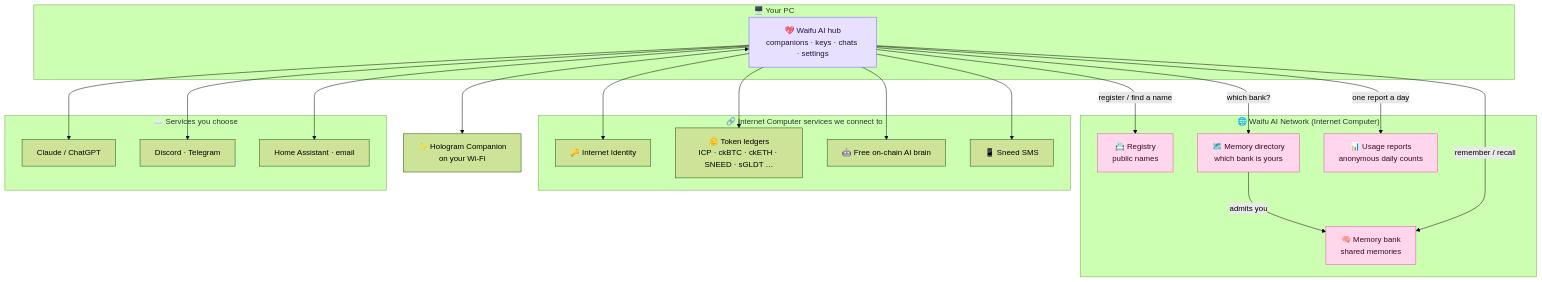
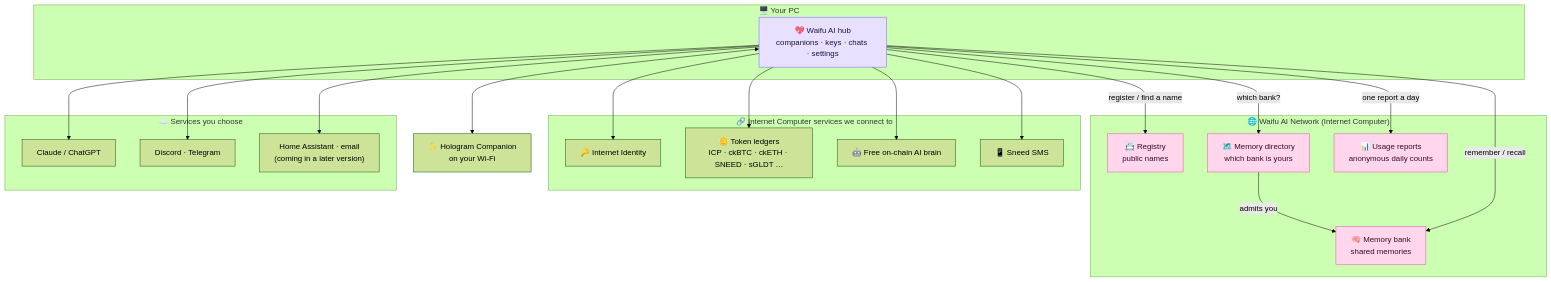
One commit to Smugandcomfy/waifu-ai-desktop changed the first of 5 diagrams in docs/NETWORK.md. Above: the diagram before and after it, drawn with Mermaid (forest theme). The commit also changed 3 other files, not shown here.

Commit message:
Add Use cases: ten case studies with diagrams, budgets and the v0.99.14 limits; Network page marks email and Home Assistant as coming later

````diff
--- a/docs/NETWORK.md
+++ b/docs/NETWORK.md
@@ -25,47 +25,47 @@
 ```mermaid
 flowchart TB
     subgraph PC["🖥️ Your PC"]
         HUB["💖 Waifu AI hub<br/>companions · keys · chats · settings"]
     end
 
     subgraph WAN["🌐 Waifu AI Network (Internet Computer)"]
         REG["📇 Registry<br/>public names"]
         DIR["🗺️ Memory directory<br/>which bank is yours"]
         BANK["🧠 Memory bank<br/>shared memories"]
         TEL["📊 Usage reports<br/>anonymous daily counts"]
     end
 
     subgraph IC["🔗 Internet Computer services we connect to"]
         II["🔑 Internet Identity"]
         LED["🪙 Token ledgers<br/>ICP · ckBTC · ckETH · SNEED · sGLDT …"]
         LLM["🤖 Free on-chain AI brain"]
         SMS["📱 Sneed SMS"]
     end
 
     subgraph OUT["☁️ Services you choose"]
         AI["Claude / ChatGPT"]
         CHAT["Discord · Telegram"]
-        HOME["Home Assistant · email"]
+        HOME["Home Assistant · email<br/>(coming in a later version)"]
     end
 
     HOLO["✨ Hologram Companion<br/>on your Wi-Fi"]
 
     HUB -- "register / find a name" --> REG
     HUB -- "which bank?" --> DIR
     DIR -- "admits you" --> BANK
     HUB -- "remember / recall" --> BANK
     HUB -- "one report a day" --> TEL
     HUB --> II
     HUB --> LED
     HUB --> LLM
     HUB --> SMS
     HUB --> AI
     HUB --> CHAT
     HUB --> HOME
     HUB <--> HOLO
 
     classDef ours fill:#ffd6ec,stroke:#e0559b,color:#3a0d24;
     classDef pc fill:#e8e0ff,stroke:#7a5cff,color:#1f1340;
     class REG,DIR,BANK,TEL ours;
     class HUB pc;
 ```
````
